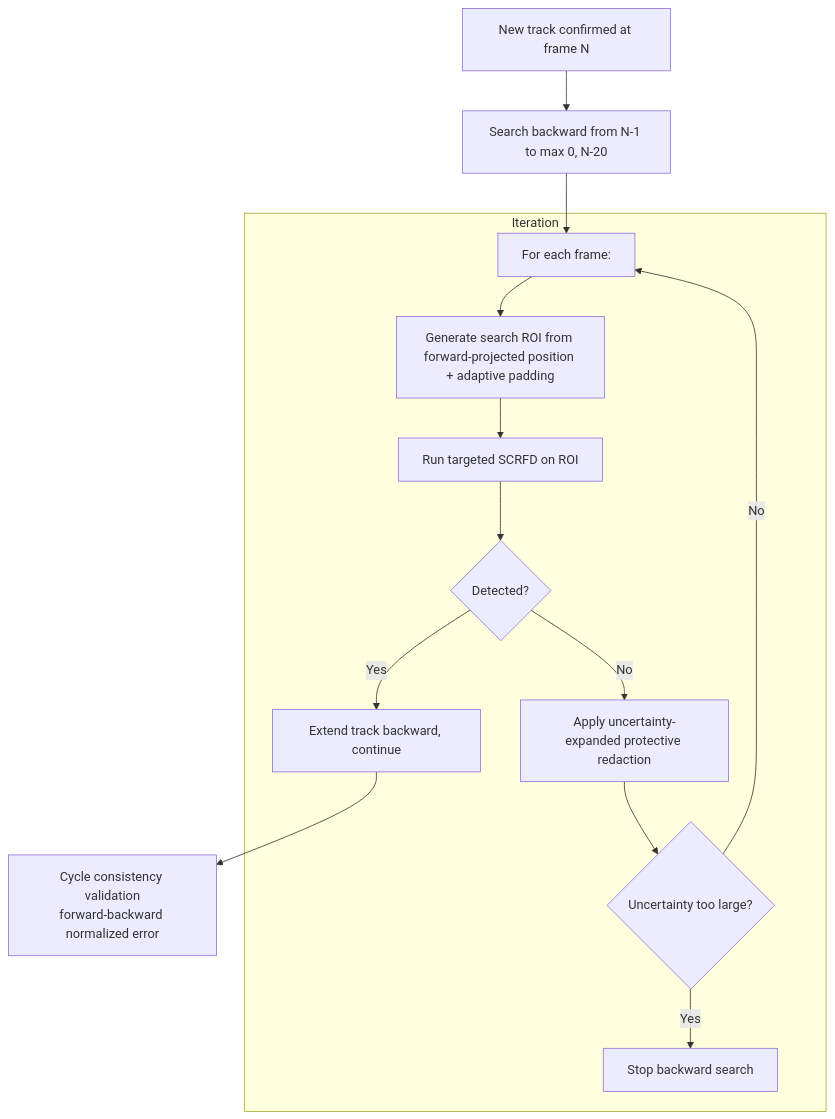
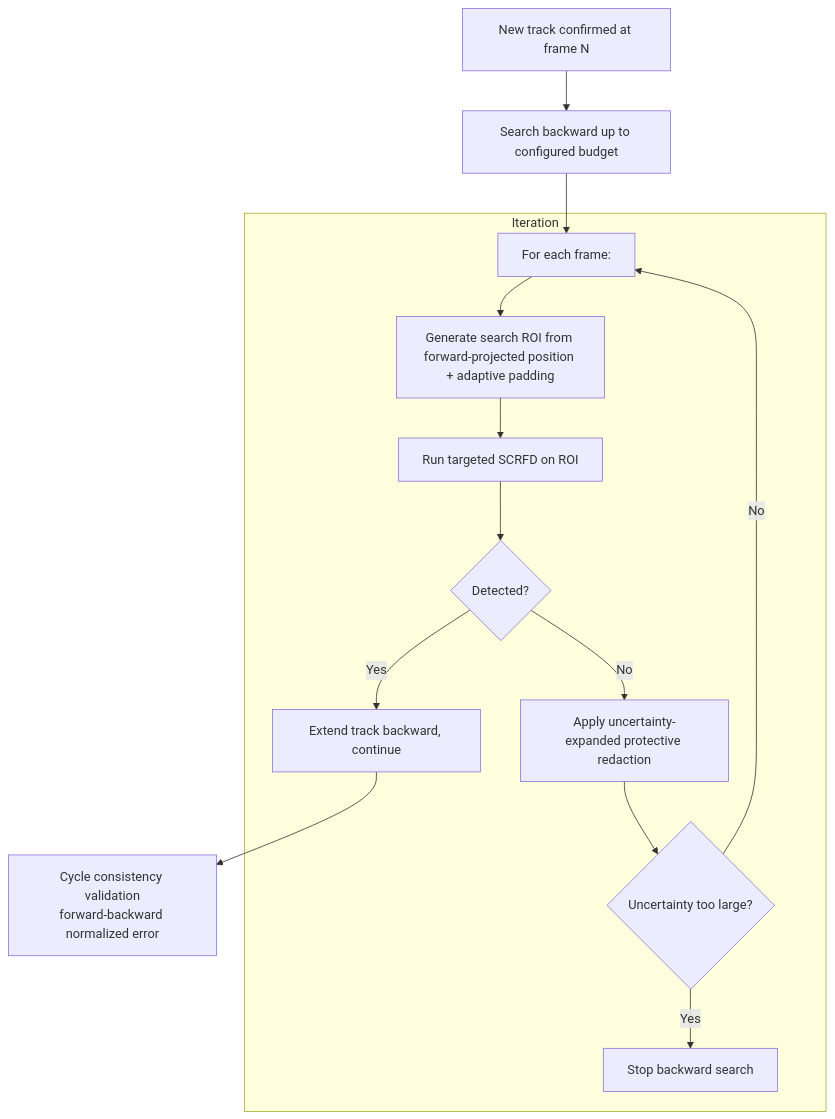
Before and after one commit to aditya-21a/pixelVeil: the seventh of 10 diagrams in docs/architecture-diagrams.md, drawn with Mermaid. The commit also changed other lines of this file and 5 other files, not shown here.

First line of the commit message:
docs: finalize architecture lock and roadmap cleanup

````diff
--- a/docs/architecture-diagrams.md
+++ b/docs/architecture-diagrams.md
@@ -130,16 +130,16 @@
 ```mermaid
 graph TD
-    A[New track confirmed at frame N] --> B[Search backward from N-1 to max 0, N-20]
+    A[New track confirmed at frame N] --> B[Search backward up to configured budget]
     B --> C[For each frame:]
     subgraph Iteration
         C --> D[Generate search ROI from forward-projected position + adaptive padding]
         D --> E[Run targeted SCRFD on ROI]
         E --> F{Detected?}
         F -- Yes --> G[Extend track backward, continue]
         F -- No --> H[Apply uncertainty-expanded protective redaction]
         H --> I{Uncertainty too large?}
         I -- Yes --> J[Stop backward search]
         I -- No --> C
     end
     G --> K[Cycle consistency validation<br>forward-backward normalized error]
 ```
````
